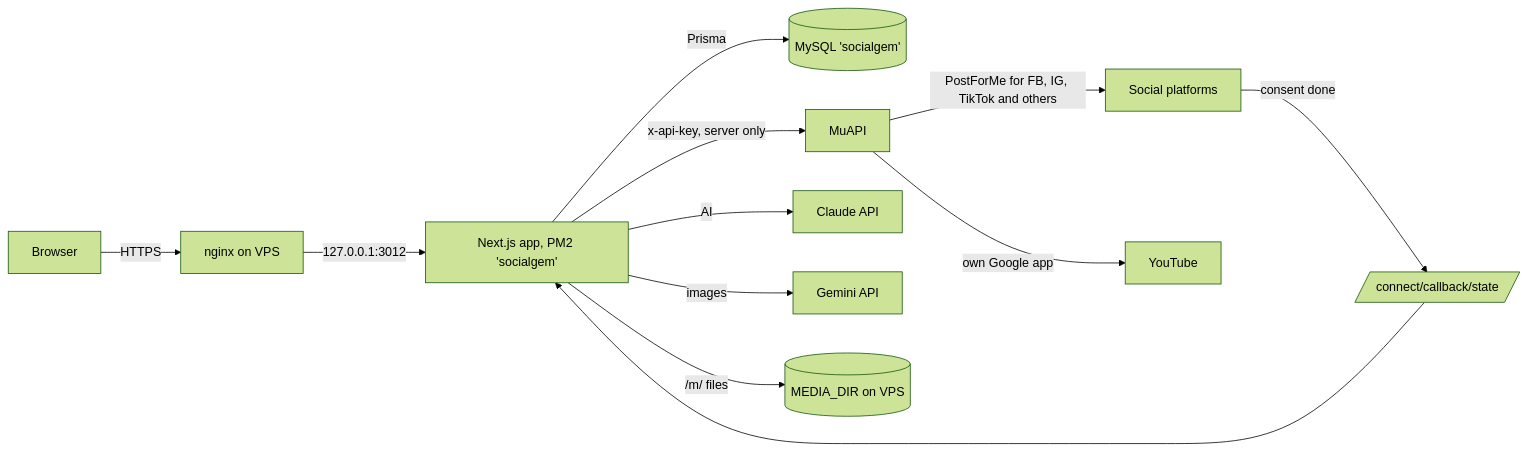
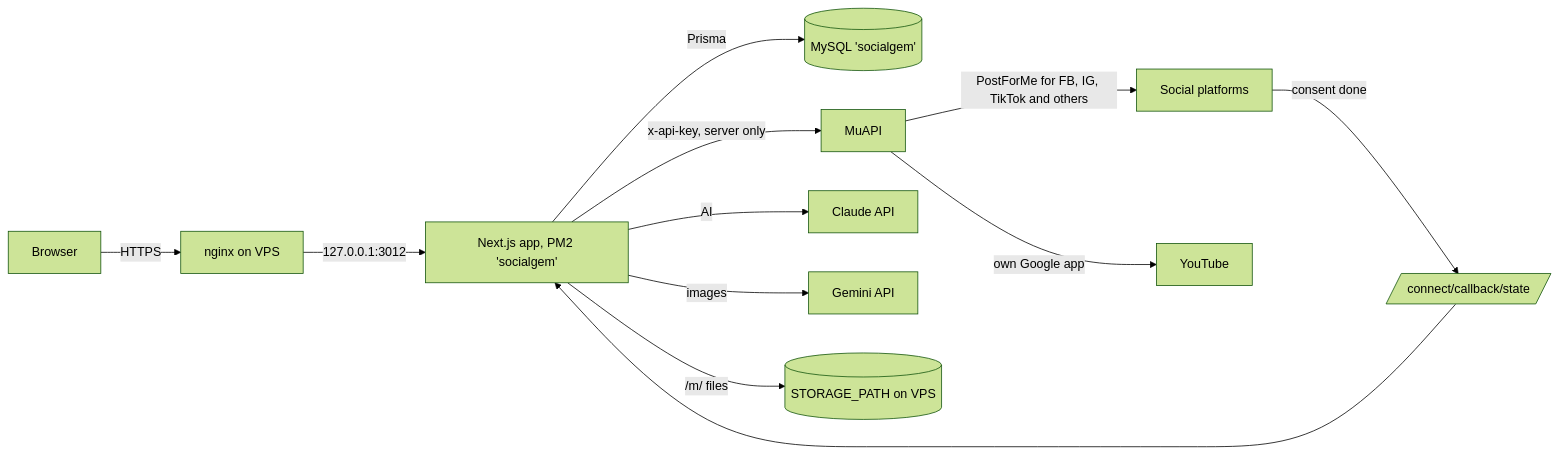
One commit to sapatil2212/SocialGem changed the first of 4 diagrams in docs/INTEGRATION-AUDIT.md. Above: the diagram before and after it, drawn with Mermaid (forest theme). The commit also changed 3 other files, not shown here.

First line of the commit message:
Store images in STORAGE_PATH

````diff
--- a/docs/INTEGRATION-AUDIT.md
+++ b/docs/INTEGRATION-AUDIT.md
@@ -11,14 +11,14 @@
 ```mermaid
 flowchart LR
   U[Browser] -->|HTTPS| N[nginx on VPS]
   N -->|127.0.0.1:3012| App[Next.js app, PM2 'socialgem']
   App -->|Prisma| DB[(MySQL 'socialgem')]
   App -->|x-api-key, server only| M[MuAPI]
   M -->|PostForMe for FB, IG, TikTok and others| P[Social platforms]
   M -->|own Google app| YT[YouTube]
   App -->|AI| C[Claude API]
   App -->|images| G[Gemini API]
-  App -->|/m/ files| Disk[(MEDIA_DIR on VPS)]
+  App -->|/m/ files| Disk[(STORAGE_PATH on VPS)]
   P -->|consent done| CB[/connect/callback/state/]
   CB --> App
 ```
````
